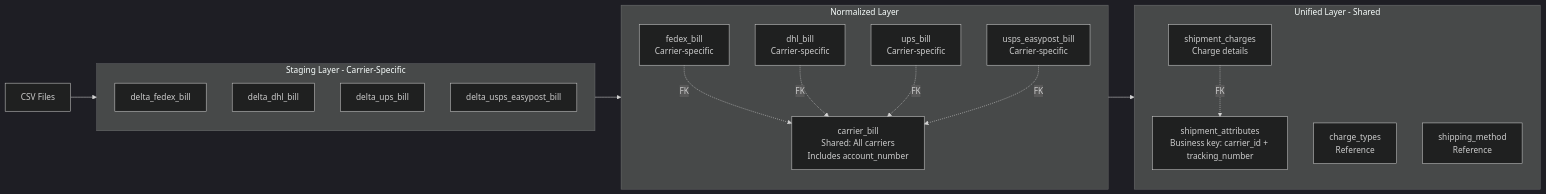
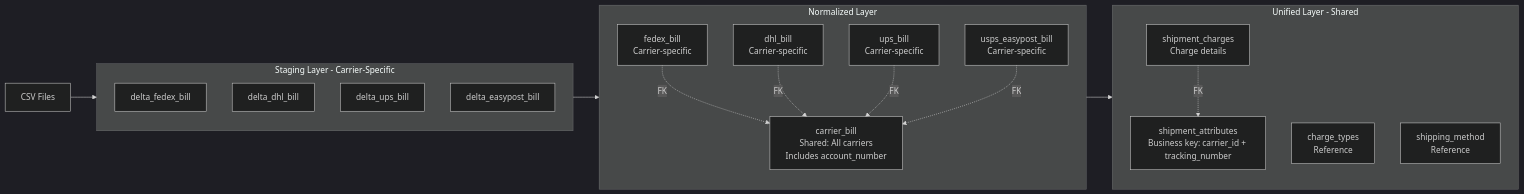
One commit to Rajatbox/ADF_bill_ingestion changed the third of 3 diagrams in architecture.md. Above: the diagram before and after it, drawn with Mermaid (dark theme). The commit also changed other lines of this file and 16 other files, not shown here.

````diff
--- a/architecture.md
+++ b/architecture.md
@@ -622,34 +622,34 @@
 ```mermaid
 flowchart LR
     CSV[CSV Files] --> Staging[Staging Layer]
     Staging --> Normalized[Normalized Layer]
     Normalized --> Unified[Unified Layer]
     
     subgraph Staging [Staging Layer - Carrier-Specific]
         DeltaFedex[delta_fedex_bill]
         DeltaDHL[delta_dhl_bill]
         DeltaUPS[delta_ups_bill]
-        DeltaUSPS[delta_usps_easypost_bill]
+        DeltaEasyPost[delta_easypost_bill]
     end
     
     subgraph Normalized [Normalized Layer]
         CarrierBill[carrier_bill<br/>Shared: All carriers<br/>Includes account_number]
         FedexBill[fedex_bill<br/>Carrier-specific]
         DHLBill[dhl_bill<br/>Carrier-specific]
         UPSBill[ups_bill<br/>Carrier-specific]
         USPSBill[usps_easypost_bill<br/>Carrier-specific]
     end
     
     subgraph Unified [Unified Layer - Shared]
         ShipmentAttr[shipment_attributes<br/>Business key: carrier_id + tracking_number]
         ShipmentCharges[shipment_charges<br/>Charge details]
         ChargeTypes[charge_types<br/>Reference]
         ShippingMethod[shipping_method<br/>Reference]
     end
     
     FedexBill -.FK.-> CarrierBill
     DHLBill -.FK.-> CarrierBill
     UPSBill -.FK.-> CarrierBill
     USPSBill -.FK.-> CarrierBill
     ShipmentCharges -.FK.-> ShipmentAttr
 ```
````
